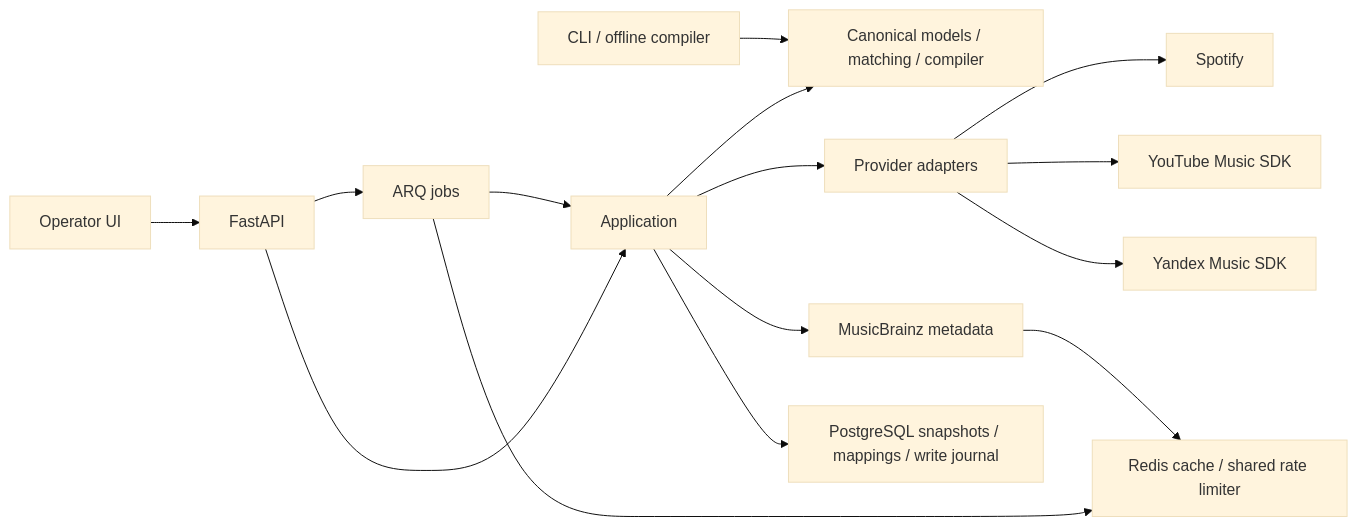
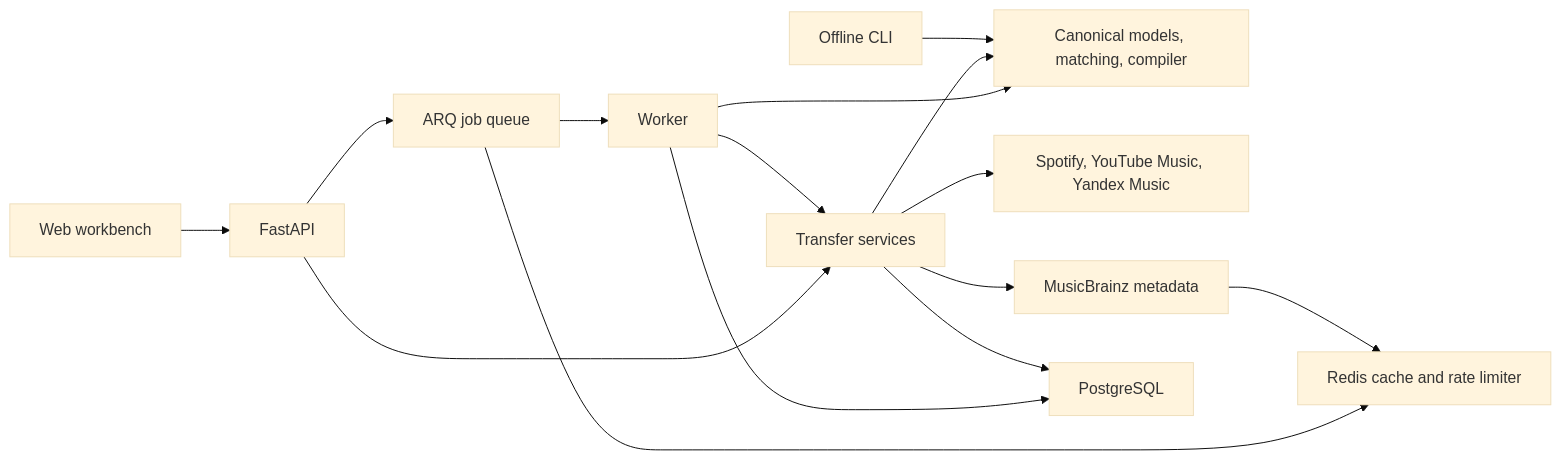
One commit to 0then0/Harmonia changed the diagram in architecture.md. Above: the diagram before and after it, drawn with Mermaid (base theme). The commit also changed other lines of this file and 20 other files, not shown here.

````diff
--- a/architecture.md
+++ b/architecture.md
@@ -5,17 +5,17 @@
 ```mermaid
 flowchart LR
-    CLI[CLI / offline compiler] --> Domain
-    UI[Operator UI] --> API[FastAPI]
-    API --> Jobs[ARQ jobs]
-    Jobs --> Application
+    CLI[Offline CLI] --> Domain[Canonical models, matching, compiler]
+    UI[Web workbench] --> API[FastAPI]
+    API --> Queue[ARQ job queue]
+    Queue --> Worker[Worker]
+    Worker --> Application[Transfer services]
     API --> Application
-    Application --> Domain[Canonical models / matching / compiler]
-    Application --> Providers[Provider adapters]
-    Providers --> Spotify
-    Providers --> YouTube[YouTube Music SDK]
-    Providers --> Yandex[Yandex Music SDK]
+    Application --> Domain
+    Application --> Providers[Spotify, YouTube Music, Yandex Music]
     Application --> MB[MusicBrainz metadata]
-    Application --> Store[PostgreSQL snapshots / mappings / write journal]
-    MB --> Redis[Redis cache / shared rate limiter]
-    Jobs --> Redis
+    Application --> Store[PostgreSQL]
+    Worker --> Domain
+    Worker --> Store
+    MB --> Redis[Redis cache and rate limiter]
+    Queue --> Redis
 ```
````
